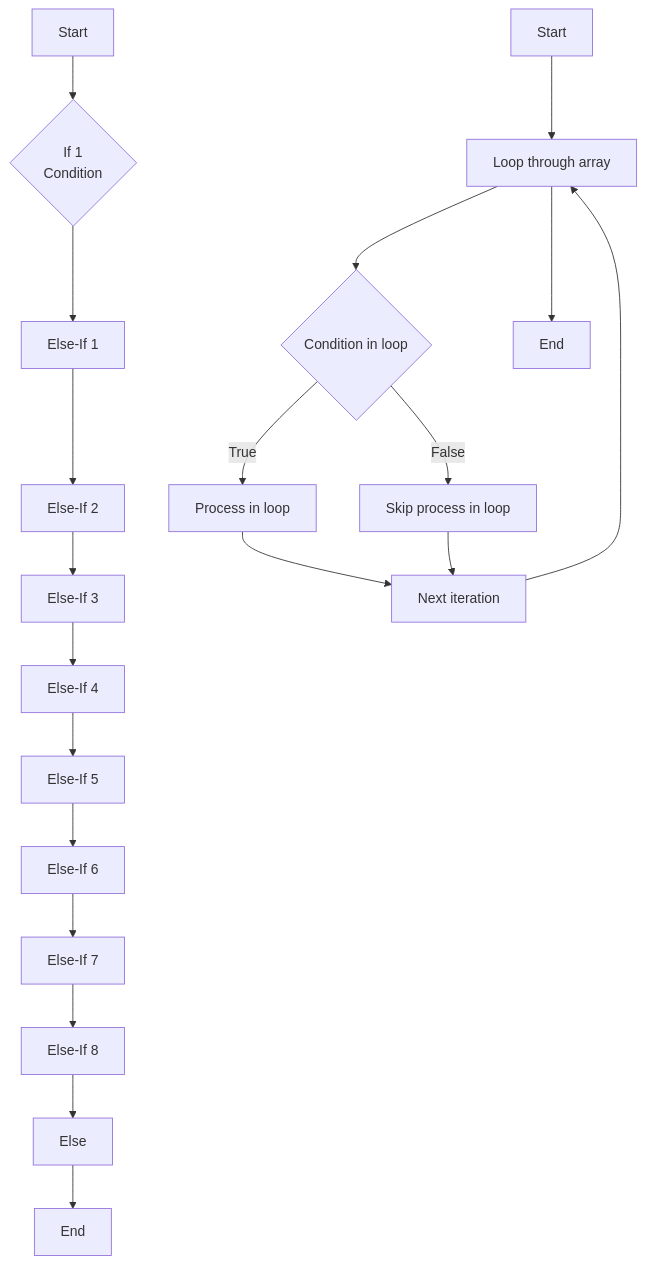
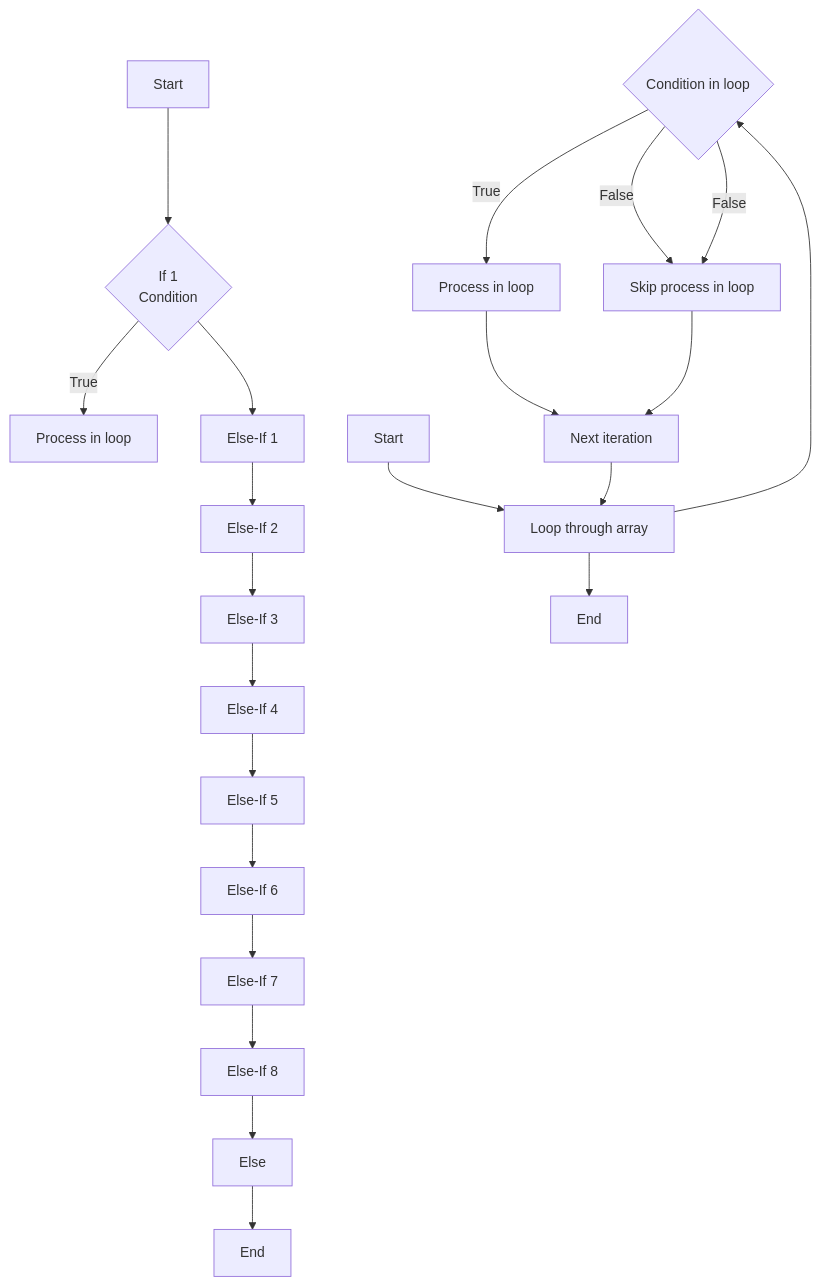
One commit to Alex-Rafter/wiki changed the third of 3 diagrams in daily/2023-05-13.md. Above: the diagram before and after it, drawn with Mermaid.

````diff
--- a/daily/2023-05-13.md
+++ b/daily/2023-05-13.md
@@ -80,28 +80,30 @@
 ```mermaid
 
 flowchart TD
 A[Start] --> B{"If 1
 Condition
 "}
+B -- True --> BEnd[Process in loop]
+O -- False --> Q[Skip process in loop]
 B --> C[Else-If 1]
 C --> D[Else-If 2]
 D --> E[Else-If 3]
 E --> F[Else-If 4]
 F --> G[Else-If 5]
 G --> H[Else-If 6]
 H --> I[Else-If 7]
 I --> J[Else-If 8]
 J --> K[Else]
 K --> L[End]
 
 
 M[Start] --> N[Loop through array]
 N --> O{Condition in loop}
 O -- True --> P[Process in loop]
 O -- False --> Q[Skip process in loop]
 P --> R[Next iteration]
 Q --> R
 R --> N
 N --> S[End]
 
 ```
````
